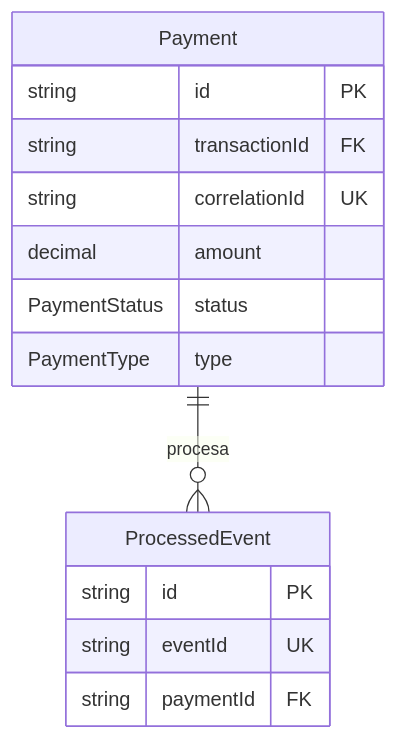
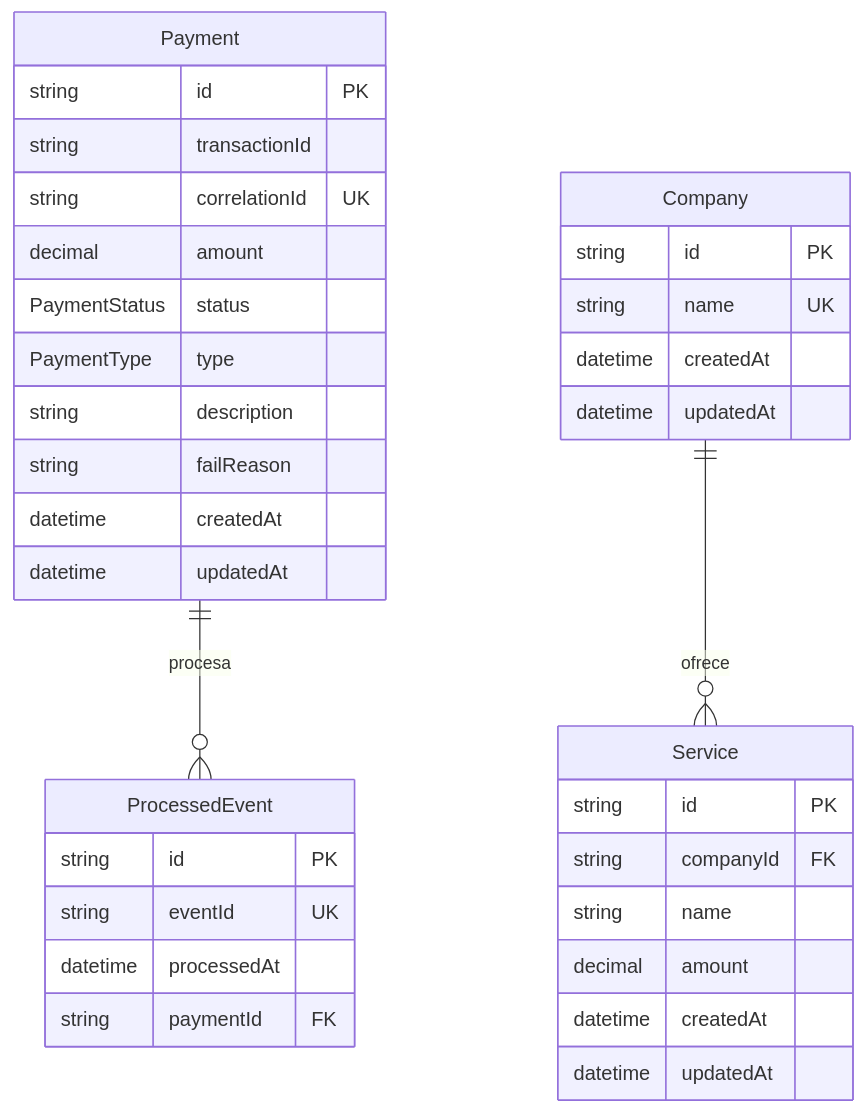
The fourth of 5 diagrams in Docs/domain/domain-model.md (GaryAlexAC/Proyecto-SA-B-11), drawn with Mermaid before and after one commit. The commit also changed other lines of this file, not shown here.

````diff
--- a/Docs/domain/domain-model.md
+++ b/Docs/domain/domain-model.md
@@ -90,17 +133,37 @@
 ```mermaid
 erDiagram
     Payment {
         string id PK
-        string transactionId FK
+        string transactionId
         string correlationId UK
         decimal amount
         PaymentStatus status
         PaymentType type
+        string description
+        string failReason
+        datetime createdAt
+        datetime updatedAt
+    }
+    Company {
+        string id PK
+        string name UK
+        datetime createdAt
+        datetime updatedAt
+    }
+    Service {
+        string id PK
+        string companyId FK
+        string name
+        decimal amount
+        datetime createdAt
+        datetime updatedAt
     }
     ProcessedEvent {
         string id PK
         string eventId UK
+        datetime processedAt
         string paymentId FK
     }
+    Company ||--o{ Service : "ofrece"
     Payment ||--o{ ProcessedEvent : "procesa"
 ```
````
